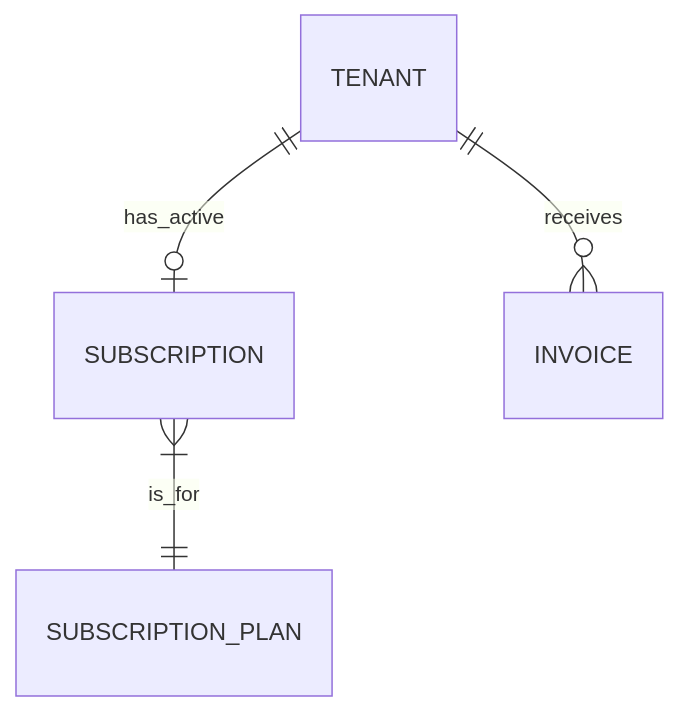
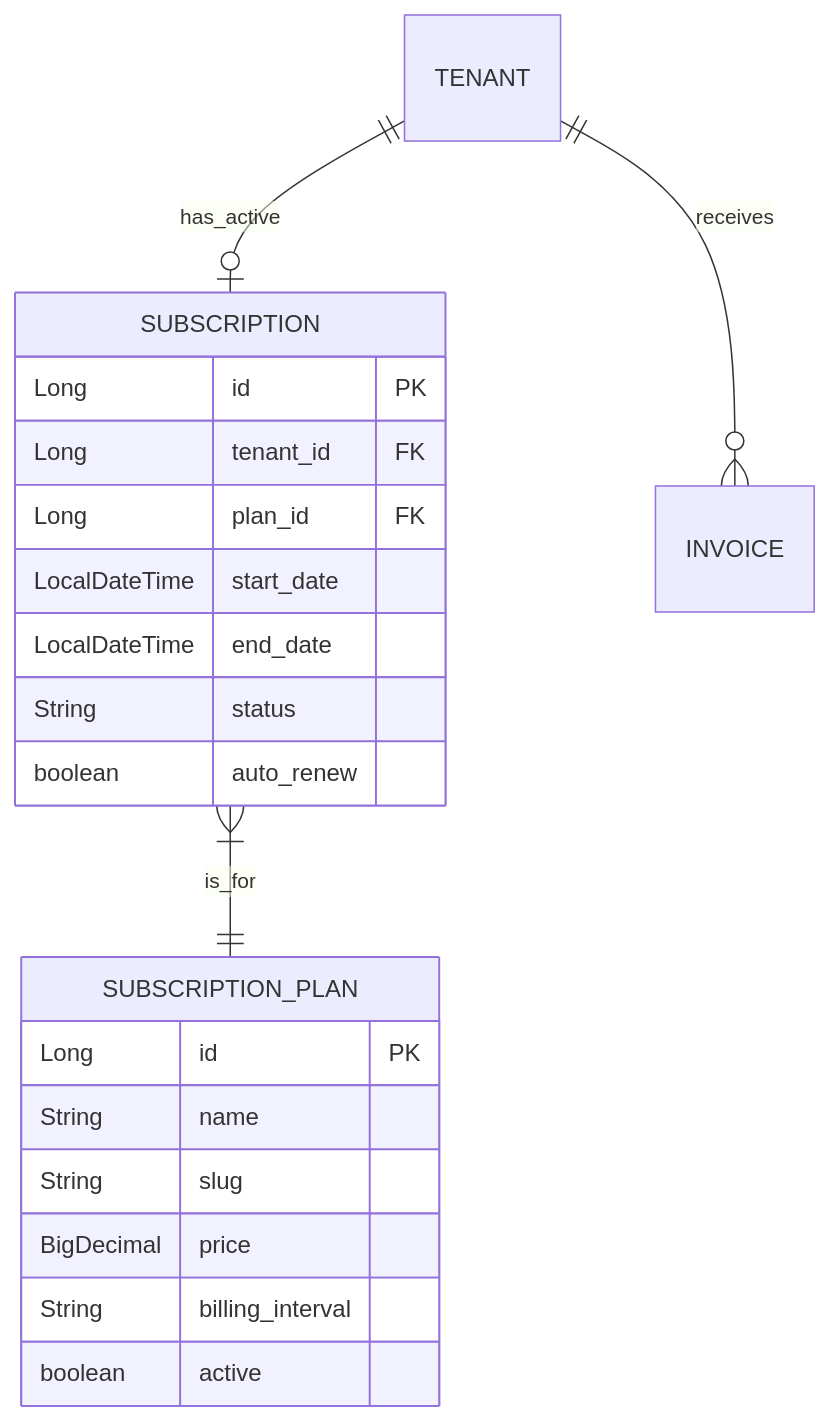
The first of 3 diagrams in src/main/java/com/firas/saas/subscription/README.md (Firasbaklouti1/shopify-alternative), drawn with Mermaid before and after one commit. The commit also changed other lines of this file and 77 other files, not shown here.

````diff
--- a/src/main/java/com/firas/saas/subscription/README.md
+++ b/src/main/java/com/firas/saas/subscription/README.md
@@ -12,6 +76,25 @@
 ```mermaid
 erDiagram
     TENANT ||--o| SUBSCRIPTION : "has_active"
     SUBSCRIPTION }|--|| SUBSCRIPTION_PLAN : "is_for"
     TENANT ||--o{ INVOICE : "receives"
+    
+    SUBSCRIPTION_PLAN {
+        Long id PK
+        String name
+        String slug
+        BigDecimal price
+        String billing_interval
+        boolean active
+    }
+    
+    SUBSCRIPTION {
+        Long id PK
+        Long tenant_id FK
+        Long plan_id FK
+        LocalDateTime start_date
+        LocalDateTime end_date
+        String status
+        boolean auto_renew
+    }
 ```
````
